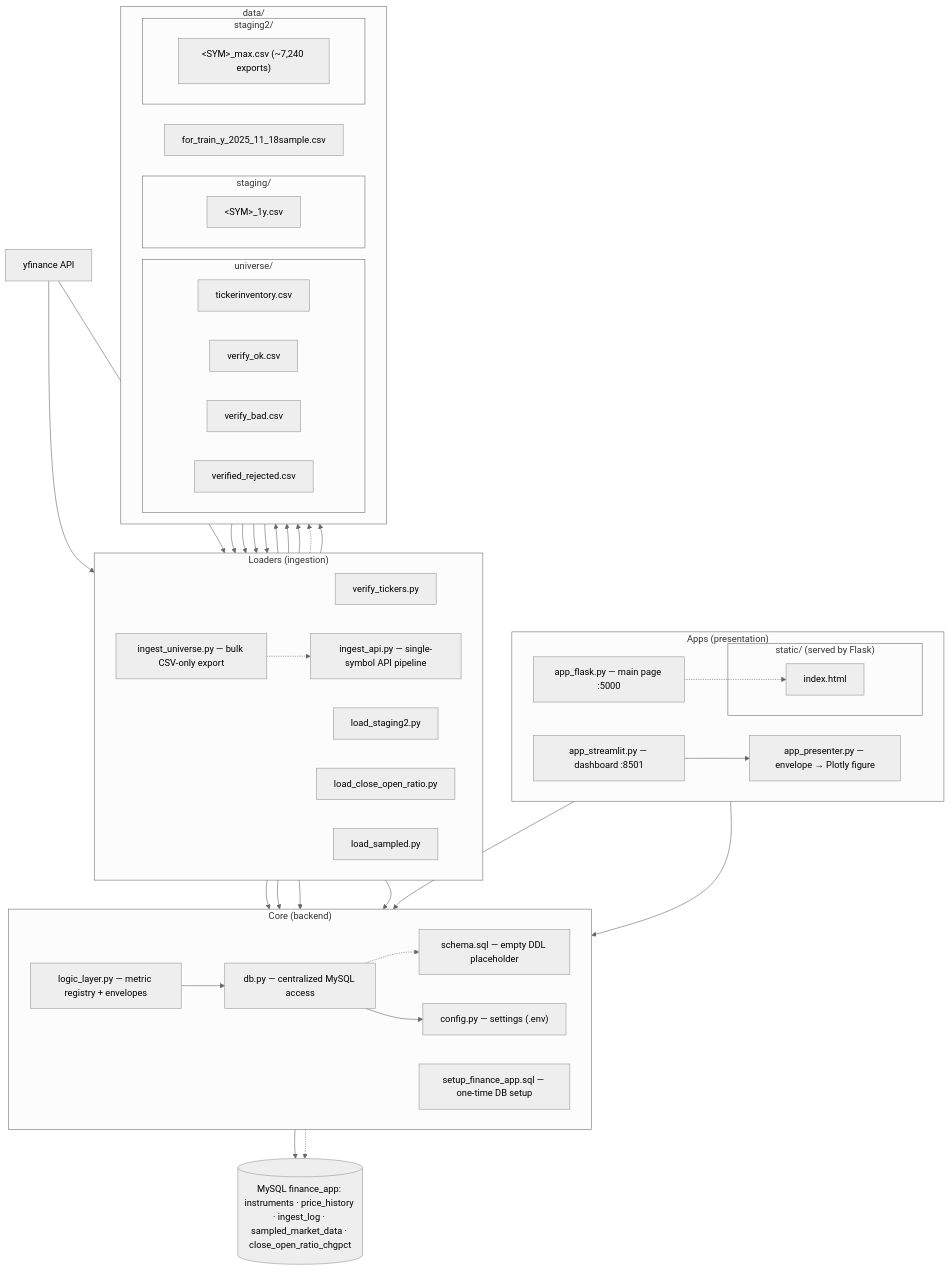
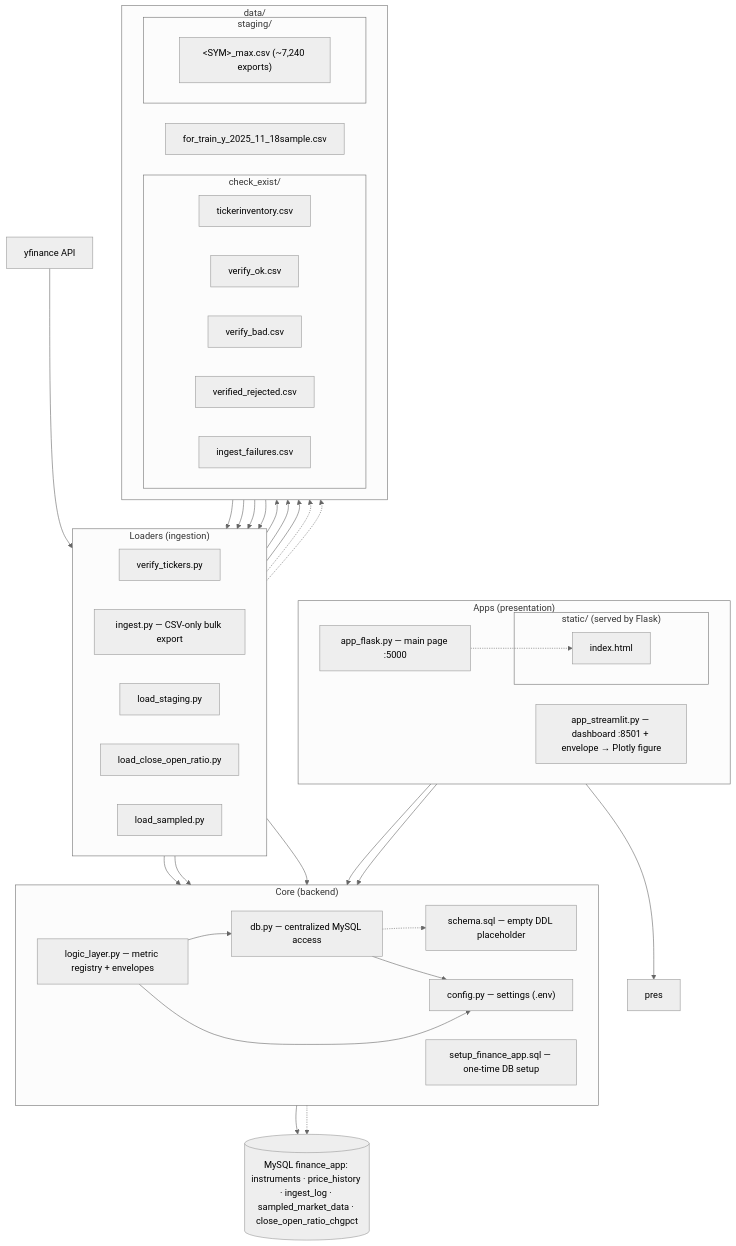
The first of 2 diagrams in docs/architecture.md (nickhsu989/AIPE04_midterm), drawn with Mermaid (neutral theme) before and after one commit. The commit also changed other lines of this file and 16 other files, not shown here.

````diff
--- a/docs/architecture.md
+++ b/docs/architecture.md
@@ -10,73 +12,67 @@
 ```mermaid
 flowchart TD
     subgraph APPS["Apps (presentation)"]
         direction LR
         fl["app_flask.py — main page :5000"]
-        sl["app_streamlit.py — dashboard :8501"]
-        pres["app_presenter.py — envelope → Plotly figure"]
+        sl["app_streamlit.py — dashboard :8501 + envelope → Plotly figure"]
         subgraph STATIC["static/ (served by Flask)"]
             idx["index.html"]
         end
     end
     subgraph LOADERS["Loaders (ingestion)"]
         direction LR
         v["verify_tickers.py"]
-        api["ingest_api.py — single-symbol API pipeline"]
-        u["ingest_universe.py — bulk CSV-only export"]
-        l2["load_staging2.py"]
+        ing["ingest.py — CSV-only bulk export"]
+        l2["load_staging.py"]
         lratio["load_close_open_ratio.py"]
         lsam["load_sampled.py"]
     end
     subgraph CORE["Core (backend)"]
         direction LR
         ll["logic_layer.py — metric registry + envelopes"]
         db["db.py — centralized MySQL access"]
         cfg["config.py — settings (.env)"]
         sch["schema.sql — empty DDL placeholder"]
         setup["setup_finance_app.sql — one-time DB setup"]
     end
     subgraph DATA["data/"]
         direction LR
         smp["for_train_y_2025_11_18sample.csv"]
-        subgraph UNIV["universe/"]
+        subgraph CE["check_exist/"]
             ti["tickerinventory.csv"]
             vok["verify_ok.csv"]
             vbad["verify_bad.csv"]
             rej2["verified_rejected.csv"]
+            inf["ingest_failures.csv"]
         end
         subgraph STAG["staging/"]
-            stg["&lt;SYM&gt;_1y.csv"]
-        end
-        subgraph STAG2["staging2/"]
-            s2["&lt;SYM&gt;_max.csv (~7,240 exports)"]
+            s["&lt;SYM&gt;_max.csv (~7,240 exports)"]
         end
     end
     yf["yfinance API"]
     mysql[("MySQL finance_app: instruments · price_history · ingest_log · sampled_market_data · close_open_ratio_chgpct")]
 
     yf --> v
-    yf --> api
     smp --> lsam
     v --> vok
     v --> vbad
-    vok --> u
-    u --> s2
-    s2 --> l2
-    s2 --> lratio
+    vok --> ing
+    ing --> s
+    s --> l2
+    s --> lratio
     l2 -.-> rej2
-    u -.-> api
-    api --> stg
+    ing -.-> inf
     l2 --> db
     lratio --> db
     lsam --> db
-    api --> db
     db --> mysql
     setup -.-> mysql
     db -.-> sch
     db --> cfg
+    ll --> cfg
     ll --> db
     fl --> ll
     sl --> ll
     sl --> pres
     fl -.-> idx
 ```
````
